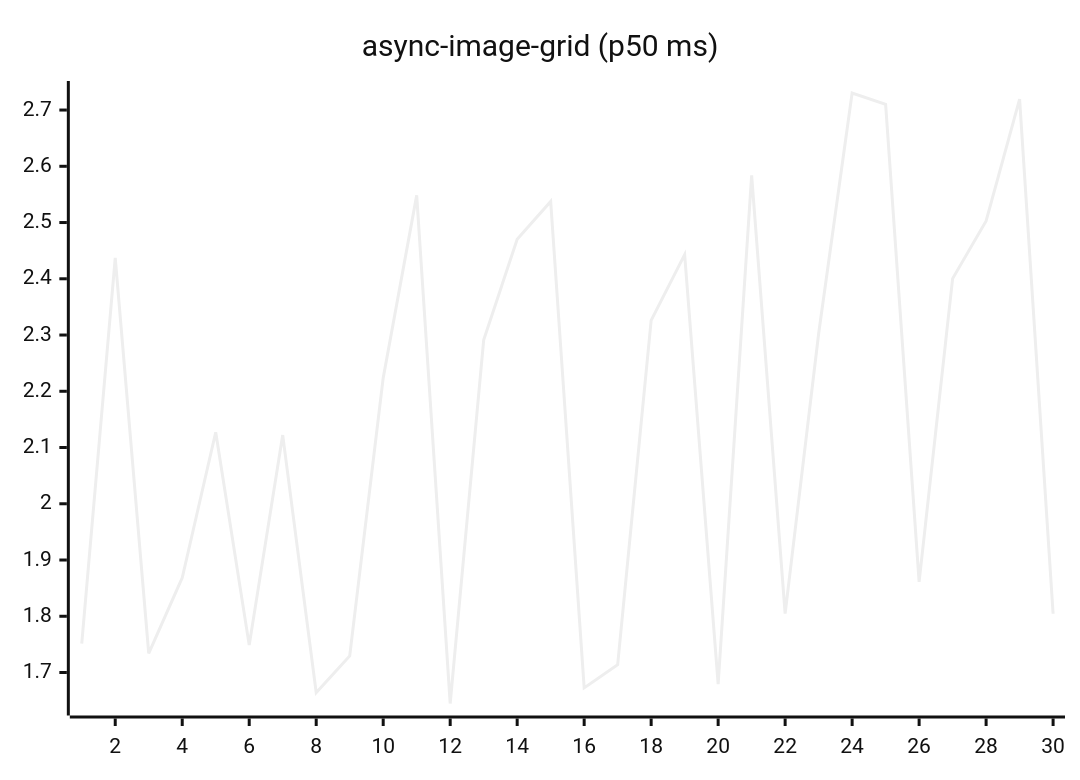
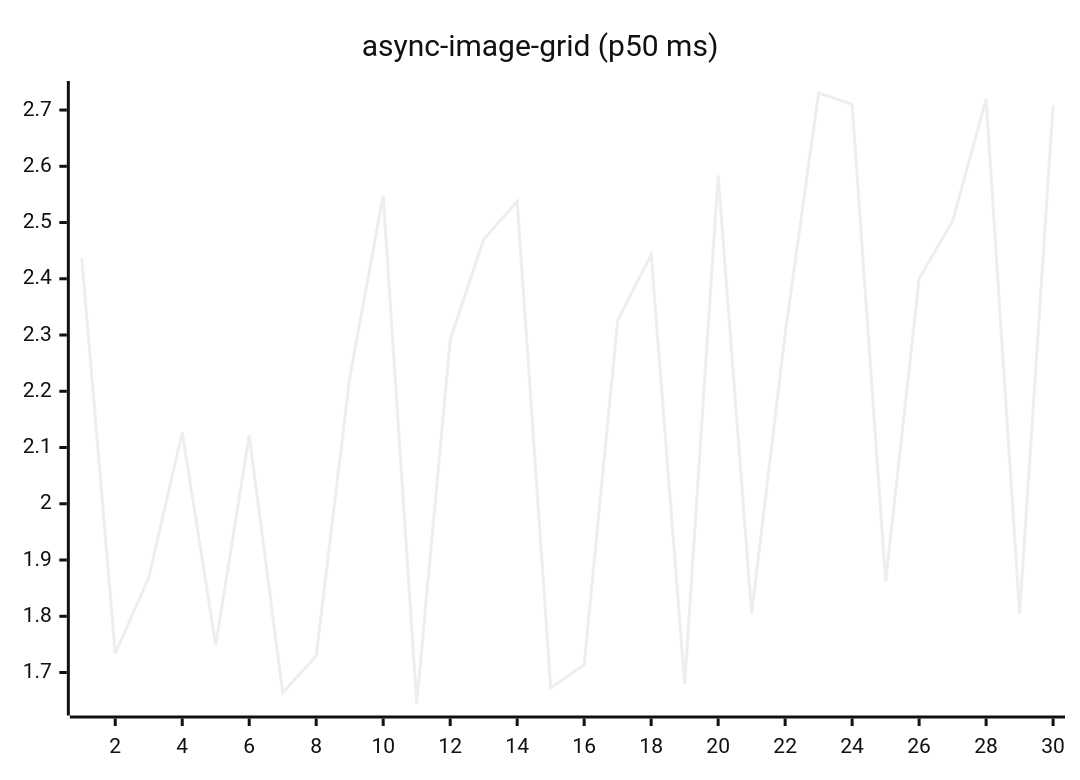
The fifth of 27 diagrams in README.md (josha/Facet), drawn with Mermaid (neutral theme) before and after one commit. The commit also changed other lines of this file and 2 other files, not shown here.

````diff
--- a/README.md
+++ b/README.md
@@ -91,6 +91,6 @@
 ```mermaid
 xychart-beta
     title "async-image-grid (p50 ms)"
     x-axis 1 --> 30
-    line [1.7512, 2.4372, 1.7341, 1.8684, 2.1272, 1.7487, 2.1221, 1.6642, 1.7295, 2.2238, 2.5483, 1.6449, 2.2910, 2.4702, 2.5376, 1.6727, 1.7140, 2.3260, 2.4429, 1.6792, 2.5838, 1.8048, 2.3022, 2.7303, 2.7101, 1.8610, 2.4003, 2.5028, 2.7193, 1.8045]
+    line [2.4372, 1.7341, 1.8684, 2.1272, 1.7487, 2.1221, 1.6642, 1.7295, 2.2238, 2.5483, 1.6449, 2.2910, 2.4702, 2.5376, 1.6727, 1.7140, 2.3260, 2.4429, 1.6792, 2.5838, 1.8048, 2.3022, 2.7303, 2.7101, 1.8610, 2.4003, 2.5028, 2.7193, 1.8045, 2.7079]
 ```
````
